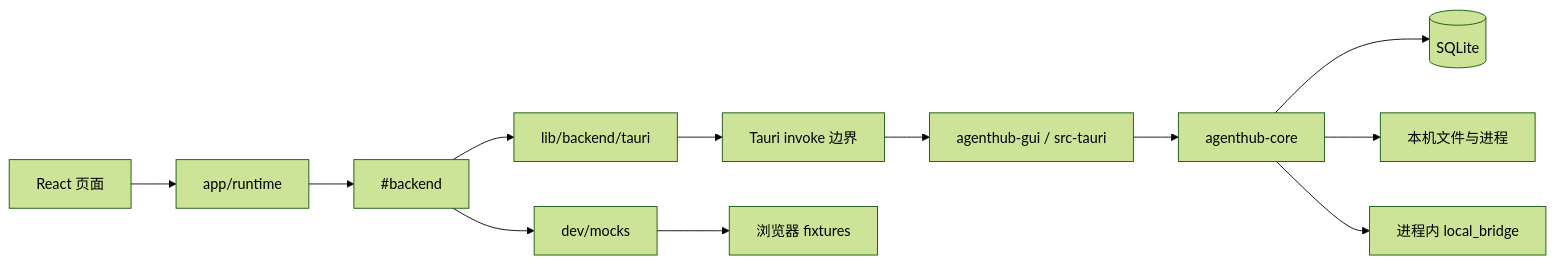
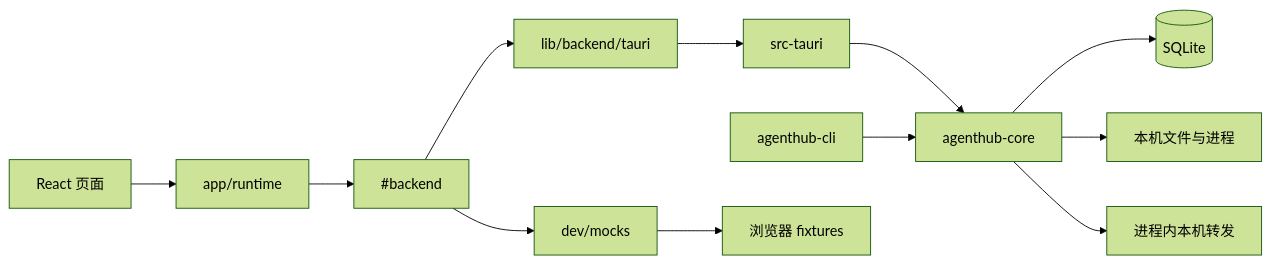
Before and after one commit to nicechencs/AgentHub: the diagram in docs/architecture/overview.md, drawn with Mermaid (forest theme). The commit also changed other lines of this file and 152 other files, not shown here.

````diff
--- a/docs/architecture/overview.md
+++ b/docs/architecture/overview.md
@@ -19,14 +24,14 @@
 ```mermaid
 flowchart LR
   Page[React 页面] --> Runtime[app/runtime]
   Runtime --> Backend[#backend]
   Backend --> Tauri[lib/backend/tauri]
   Backend --> Mock[dev/mocks]
-  Tauri --> Invoke[Tauri invoke 边界]
-  Invoke --> Shell[agenthub-gui / src-tauri]
+  Tauri --> Shell[src-tauri]
   Shell --> Core[agenthub-core]
+  CLI[agenthub-cli] --> Core
   Mock --> Fixtures[浏览器 fixtures]
   Core --> DB[(SQLite)]
   Core --> FS[本机文件与进程]
-  Core --> Bridge[进程内 local_bridge]
+  Core --> Bridge[进程内本机转发]
 ```
````
